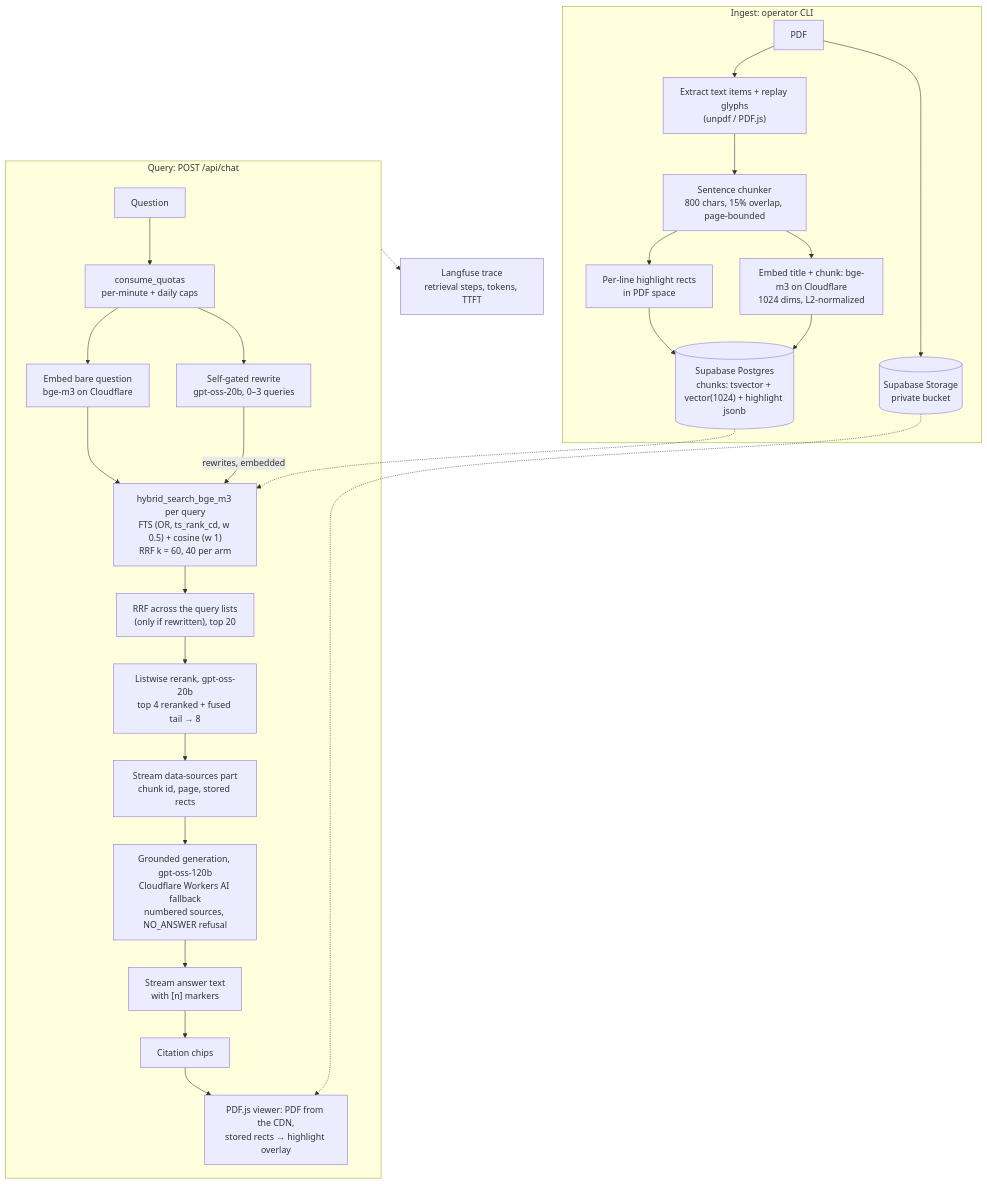
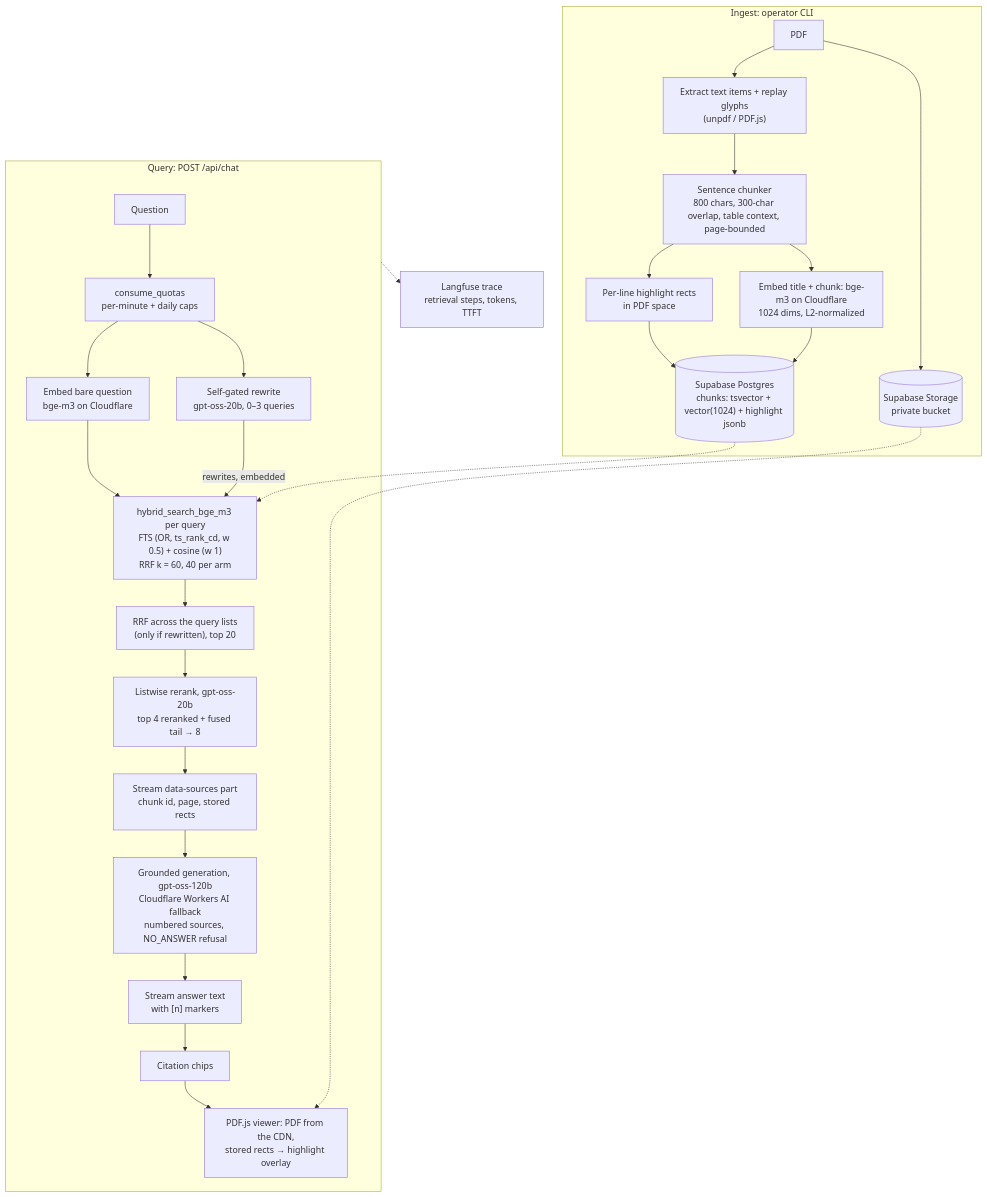
The diagram in README.md (elbay-malik/TruthBase), drawn with Mermaid before and after one commit. The commit also changed other lines of this file and 31 other files, not shown here.

Commit message:
feat: carry long closing sentences and table headers across chunk boundaries

````diff
--- a/README.md
+++ b/README.md
@@ -44,31 +44,31 @@
 ```mermaid
 flowchart TD
   subgraph Ingest["Ingest: operator CLI"]
     PDF["PDF"] --> EXT["Extract text items + replay glyphs<br/>(unpdf / PDF.js)"]
-    EXT --> CHUNK["Sentence chunker<br/>800 chars, 15% overlap, page-bounded"]
+    EXT --> CHUNK["Sentence chunker<br/>800 chars, 300-char overlap, table context, page-bounded"]
     CHUNK --> RECTS["Per-line highlight rects<br/>in PDF space"]
     CHUNK --> EMB1["Embed title + chunk: bge-m3 on Cloudflare<br/>1024 dims, L2-normalized"]
     RECTS --> DB[("Supabase Postgres<br/>chunks: tsvector + vector(1024) + highlight jsonb")]
     EMB1 --> DB
     PDF --> ST[("Supabase Storage<br/>private bucket")]
   end
 
   subgraph Query["Query: POST /api/chat"]
     Q["Question"] --> QUOTA["consume_quotas<br/>per-minute + daily caps"]
     QUOTA --> EMB2["Embed bare question<br/>bge-m3 on Cloudflare"]
     QUOTA --> RW["Self-gated rewrite<br/>gpt-oss-20b, 0–3 queries"]
     EMB2 --> HS["hybrid_search_bge_m3 per query<br/>FTS (OR, ts_rank_cd, w 0.5) + cosine (w 1)<br/>RRF k = 60, 40 per arm"]
     RW -->|"rewrites, embedded"| HS
     HS --> FUSE["RRF across the query lists<br/>(only if rewritten), top 20"]
     FUSE --> RR["Listwise rerank, gpt-oss-20b<br/>top 4 reranked + fused tail → 8"]
     RR --> SRC["Stream data-sources part<br/>chunk id, page, stored rects"]
     SRC --> GEN["Grounded generation, gpt-oss-120b<br/>Cloudflare Workers AI fallback<br/>numbered sources, NO_ANSWER refusal"]
     GEN --> TXT["Stream answer text<br/>with [n] markers"]
     TXT --> CHIP["Citation chips"]
     CHIP --> VIEW["PDF.js viewer: PDF from the CDN,<br/>stored rects → highlight overlay"]
   end
 
   DB -.-> HS
   ST -.-> VIEW
   Query -.-> LF["Langfuse trace<br/>retrieval steps, tokens, TTFT"]
 ```
````
